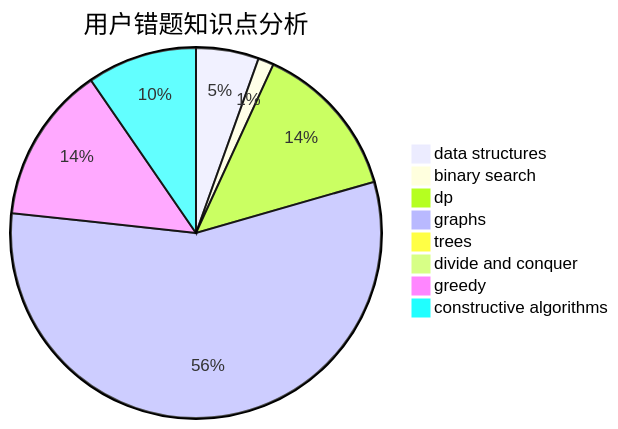
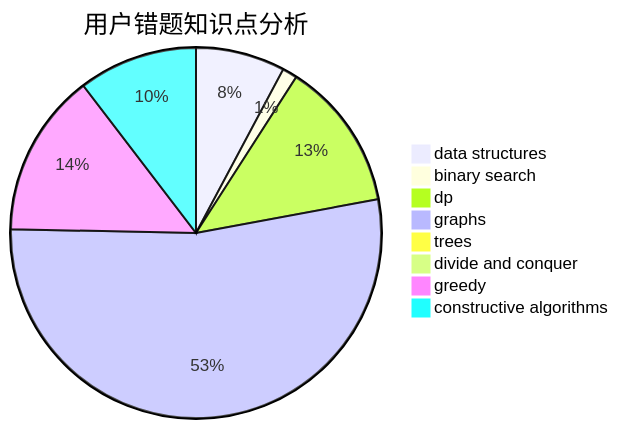
One commit to sherpahu/cfrs.github.io changed the third of 3 diagrams in docs/user/u867.md. Above: the diagram before and after it, drawn with Mermaid. The commit also changed other lines of this file and 2770 other files, not shown here.

````diff
--- a/docs/user/u867.md
+++ b/docs/user/u867.md
@@ -36,11 +36,11 @@
 ```mermaid
 pie title 用户错题知识点分析
-    "data structures" :  4
+    "data structures" :  6
     "binary search" :  1
     "dp" :  10
     "graphs" :  41
     "trees" :  0
     "divide and conquer" :  0
-    "greedy" :  10
-    "constructive algorithms" :  7
+    "greedy" :  11
+    "constructive algorithms" :  8
 ```
````
